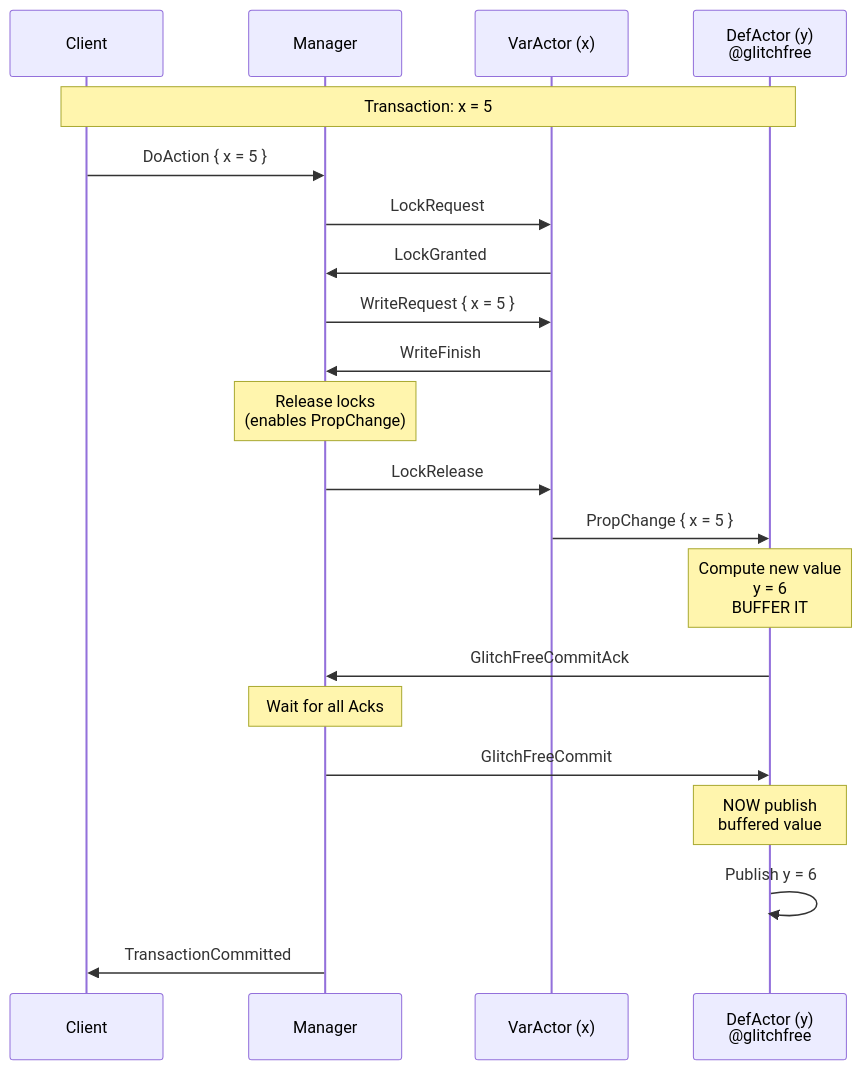
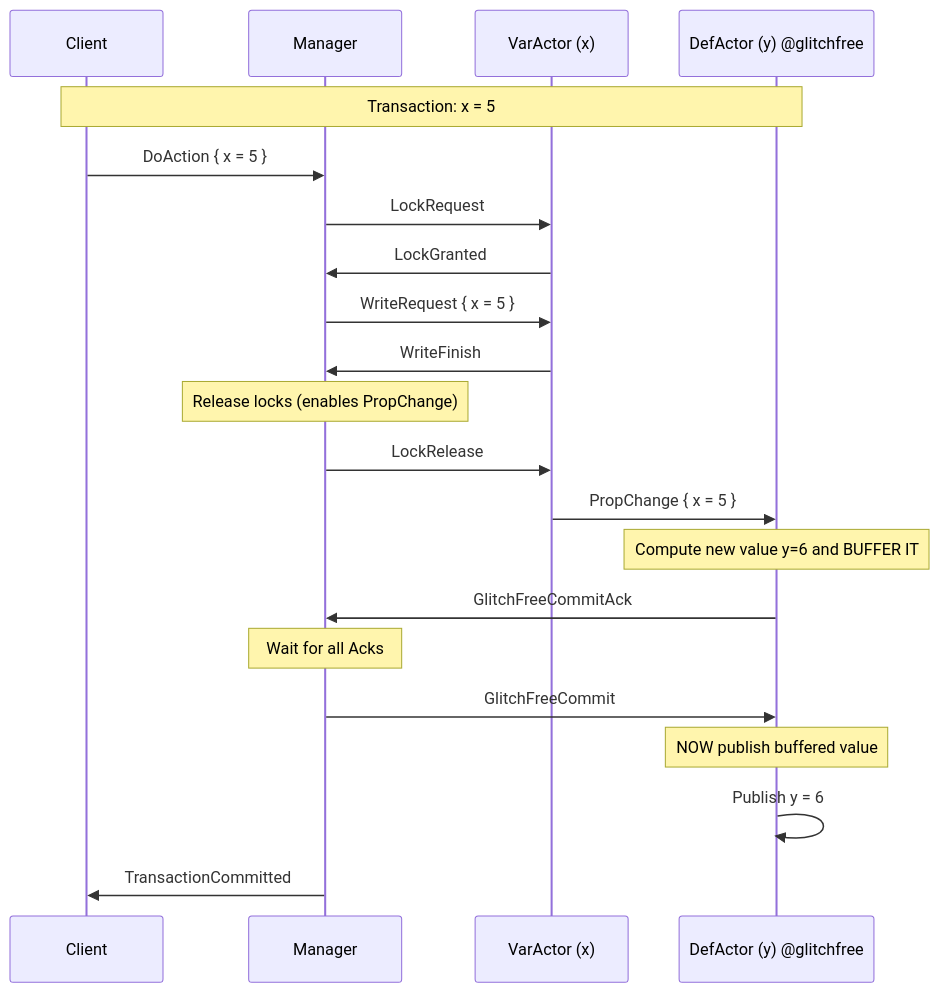
Before and after one commit to Gimmyalex/meerkatREPL2.0: the second of 6 diagrams in GLITCH_FREE_PROTOCOL_REPORT.md, drawn with Mermaid. The commit also changed other lines of this file, not shown here.

````diff
--- a/GLITCH_FREE_PROTOCOL_REPORT.md
+++ b/GLITCH_FREE_PROTOCOL_REPORT.md
@@ -159,33 +162,33 @@
 ```mermaid
 sequenceDiagram
     participant C as Client
     participant M as Manager
     participant V as VarActor (x)
-    participant D as DefActor (y)<br/>@glitchfree
+    participant D as DefActor (y) @glitchfree
     
     Note over C,D: Transaction: x = 5
     
     C->>M: DoAction { x = 5 }
     M->>V: LockRequest
     V->>M: LockGranted
     M->>V: WriteRequest { x = 5 }
     V->>M: WriteFinish
     
-    Note over M: Release locks<br/>(enables PropChange)
+    Note over M: Release locks (enables PropChange)
     
     M->>V: LockRelease
     V->>D: PropChange { x = 5 }
     
-    Note over D: Compute new value<br/>y = 6<br/>BUFFER IT
+    Note over D: Compute new value y=6 and BUFFER IT
     
     D->>M: GlitchFreeCommitAck
     
     Note over M: Wait for all Acks
     
     M->>D: GlitchFreeCommit
     
-    Note over D: NOW publish<br/>buffered value
+    Note over D: NOW publish buffered value
     
     D->>D: Publish y = 6
     M->>C: TransactionCommitted
 ```
````
